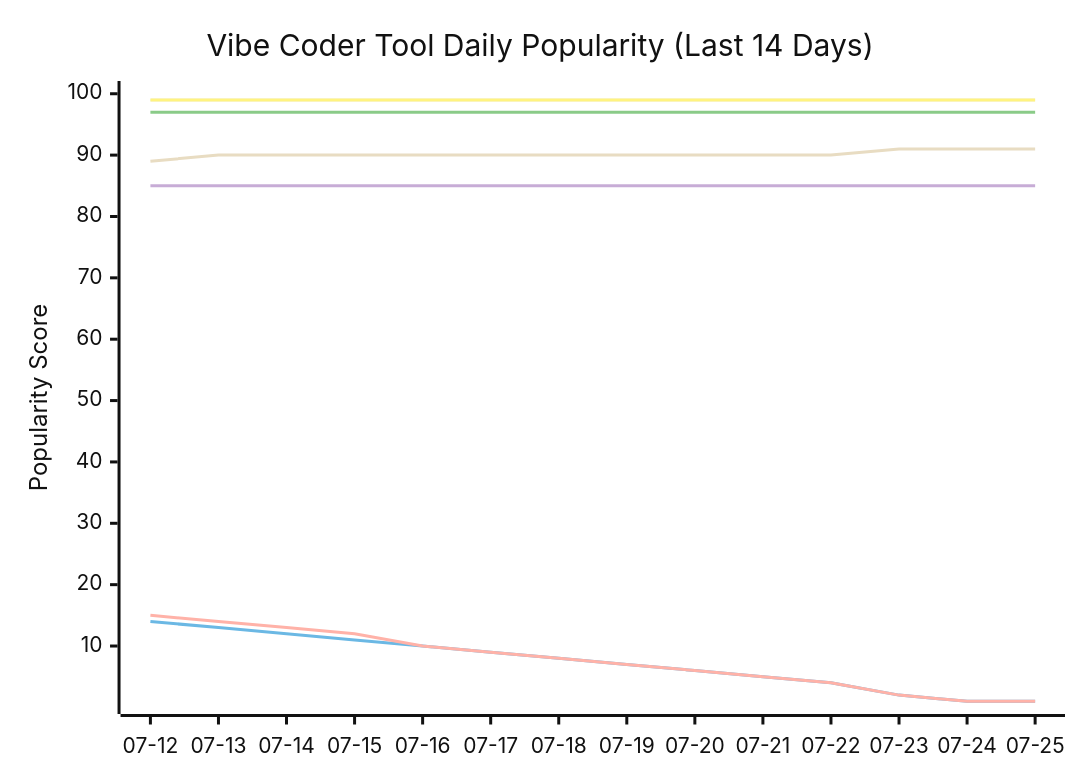
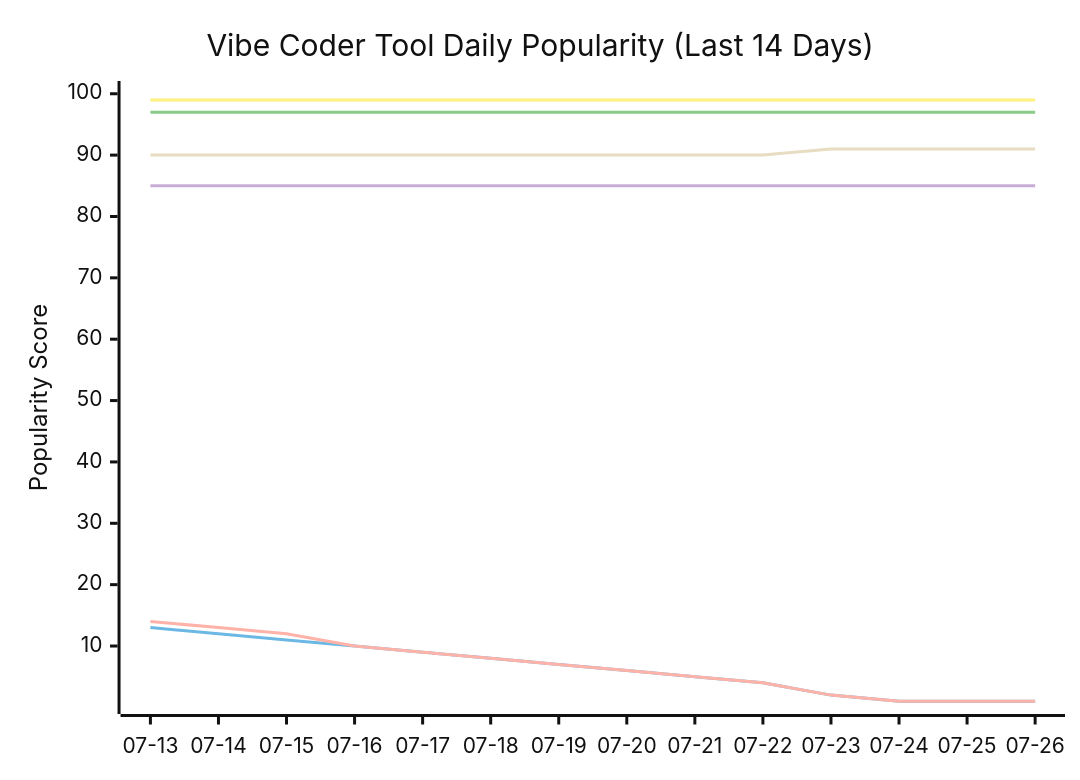
Before and after one commit to tykimos/ai-whatchelin: the seventh of 11 diagrams in README.md, drawn with Mermaid (neutral theme). The commit also changed other lines of this file and 4 other files, not shown here.

````diff
--- a/README.md
+++ b/README.md
@@ -2080,13 +2080,13 @@
 ```mermaid
 xychart-beta
     title "Vibe Coder Tool Daily Popularity (Last 14 Days)"
-    x-axis ["07-12", "07-13", "07-14", "07-15", "07-16", "07-17", "07-18", "07-19", "07-20", "07-21", "07-22", "07-23", "07-24", "07-25"]
+    x-axis ["07-13", "07-14", "07-15", "07-16", "07-17", "07-18", "07-19", "07-20", "07-21", "07-22", "07-23", "07-24", "07-25", "07-26"]
     y-axis "Popularity Score" 1 --> 100
     line "Claude Code" [99, 99, 99, 99, 99, 99, 99, 99, 99, 99, 99, 99, 99, 99]
-    line "GH Copilot" [14, 13, 12, 11, 10, 9, 8, 7, 6, 5, 4, 2, 1, 1]
+    line "GH Copilot" [13, 12, 11, 10, 9, 8, 7, 6, 5, 4, 2, 1, 1, 1]
     line "Cursor" [97, 97, 97, 97, 97, 97, 97, 97, 97, 97, 97, 97, 97, 97]
     line "Windsurf" [85, 85, 85, 85, 85, 85, 85, 85, 85, 85, 85, 85, 85, 85]
-    line "Codex CLI" [89, 90, 90, 90, 90, 90, 90, 90, 90, 90, 90, 91, 91, 91]
-    line "Gemini CLI" [15, 14, 13, 12, 10, 9, 8, 7, 6, 5, 4, 2, 1, 1]
+    line "Codex CLI" [90, 90, 90, 90, 90, 90, 90, 90, 90, 90, 91, 91, 91, 91]
+    line "Gemini CLI" [14, 13, 12, 10, 9, 8, 7, 6, 5, 4, 2, 1, 1, 1]
     line "Antigravity" [99, 99, 99, 99, 99, 99, 99, 99, 99, 99, 99, 99, 99, 99]
 ```
````
